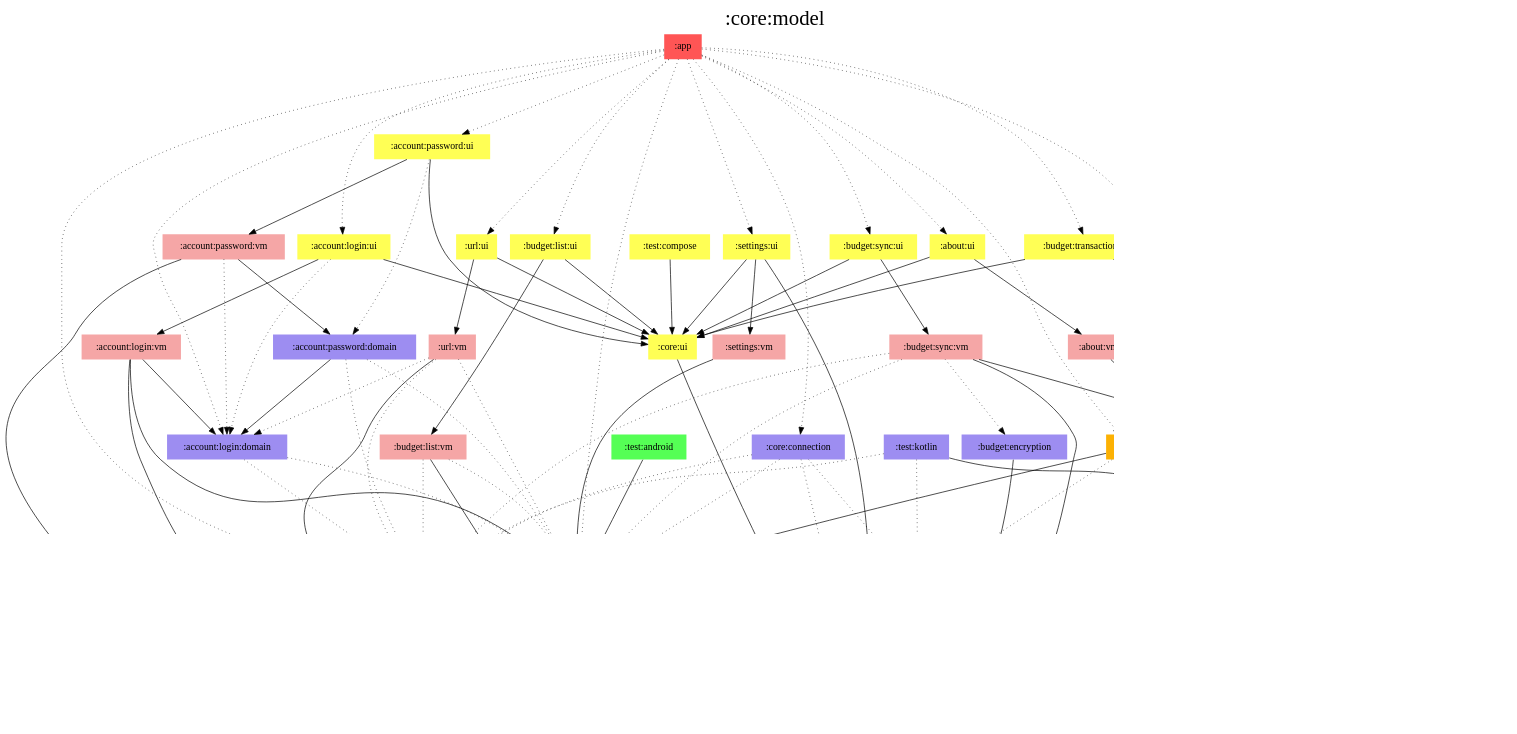
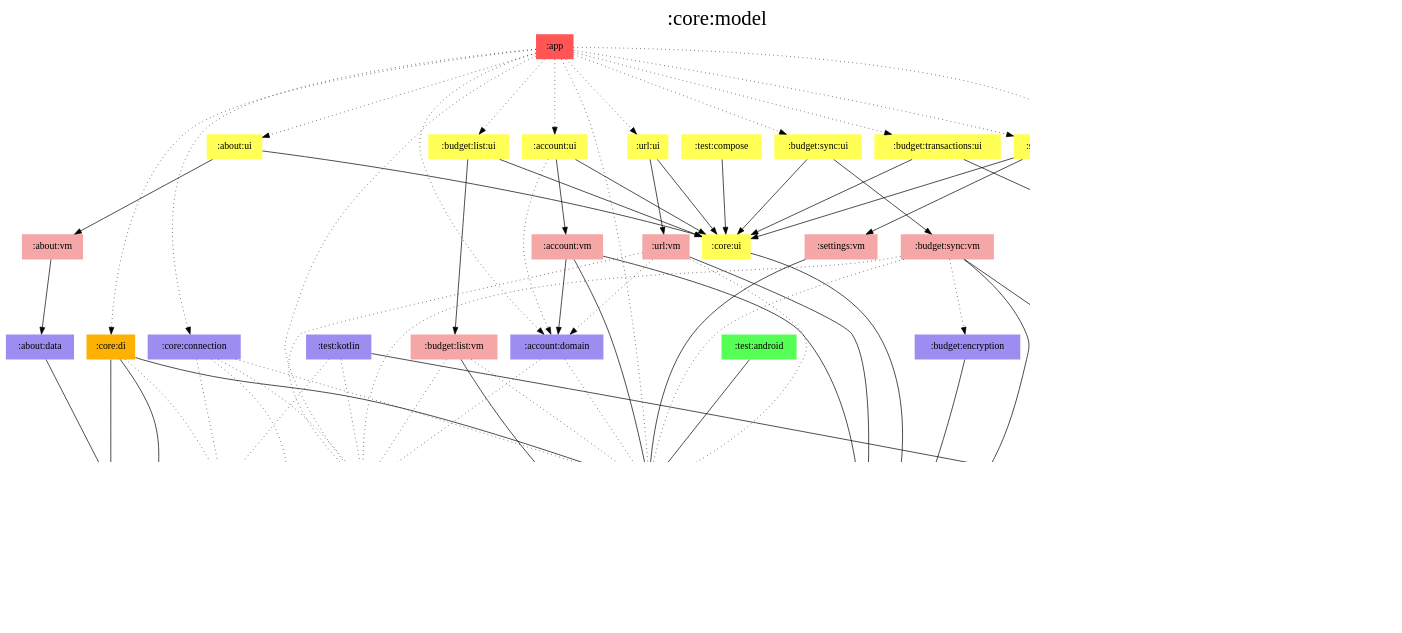
Before and after one commit to jonapoul/aktual: the diagram in modules/core/model/modules.dot, drawn with Graphviz. The commit also changed 127 other files, not shown here.

Commit message:
Merge account:login and account:password

```diff
--- a/modules/core/model/modules.dot
+++ b/modules/core/model/modules.dot
@@ -1,141 +1,128 @@
 digraph {
 edge ["dir"="forward"]
 graph ["dpi"="100","label"=":core:model","labelloc"="t","fontsize"="30","ranksep"="1.5","rankdir"="TB"]
 node ["style"="filled"]
 ":about:data" ["fillcolor"="#9D8DF1","shape"="none"]
 ":about:ui" ["fillcolor"="#FFFF55","shape"="none"]
 ":about:vm" ["fillcolor"="#F5A6A6","shape"="none"]
-":account:login:domain" ["fillcolor"="#9D8DF1","shape"="none"]
-":account:login:ui" ["fillcolor"="#FFFF55","shape"="none"]
-":account:login:vm" ["fillcolor"="#F5A6A6","shape"="none"]
-":account:password:domain" ["fillcolor"="#9D8DF1","shape"="none"]
-":account:password:ui" ["fillcolor"="#FFFF55","shape"="none"]
-":account:password:vm" ["fillcolor"="#F5A6A6","shape"="none"]
+":account:domain" ["fillcolor"="#9D8DF1","shape"="none"]
+":account:ui" ["fillcolor"="#FFFF55","shape"="none"]
+":account:vm" ["fillcolor"="#F5A6A6","shape"="none"]
 ":api:actual" ["fillcolor"="#9D8DF1","shape"="none"]
 ":api:builder" ["fillcolor"="#9D8DF1","shape"="none"]
 ":api:github" ["fillcolor"="#9D8DF1","shape"="none"]
 ":app" ["fillcolor"="#FF5555","shape"="none"]
 ":budget:db" ["fillcolor"="#9D8DF1","shape"="none"]
 ":budget:di" ["fillcolor"="#FCB103","shape"="none"]
 ":budget:encryption" ["fillcolor"="#9D8DF1","shape"="none"]
 ":budget:list:ui" ["fillcolor"="#FFFF55","shape"="none"]
 ":budget:list:vm" ["fillcolor"="#F5A6A6","shape"="none"]
 ":budget:sync:ui" ["fillcolor"="#FFFF55","shape"="none"]
 ":budget:sync:vm" ["fillcolor"="#F5A6A6","shape"="none"]
 ":budget:transactions:ui" ["fillcolor"="#FFFF55","shape"="none"]
 ":budget:transactions:vm" ["fillcolor"="#F5A6A6","shape"="none"]
 ":core:connection" ["fillcolor"="#9D8DF1","shape"="none"]
 ":core:di" ["fillcolor"="#FCB103","shape"="none"]
 ":core:model" ["fillcolor"="#9D8DF1","color"="black","penwidth"="3","shape"="box"]
 ":core:ui" ["fillcolor"="#FFFF55","shape"="none"]
 ":prefs" ["fillcolor"="#9D8DF1","shape"="none"]
 ":settings:ui" ["fillcolor"="#FFFF55","shape"="none"]
 ":settings:vm" ["fillcolor"="#F5A6A6","shape"="none"]
 ":test:android" ["fillcolor"="#55FF55","shape"="none"]
 ":test:compose" ["fillcolor"="#FFFF55","shape"="none"]
 ":test:kotlin" ["fillcolor"="#9D8DF1","shape"="none"]
 ":url:ui" ["fillcolor"="#FFFF55","shape"="none"]
 ":url:vm" ["fillcolor"="#F5A6A6","shape"="none"]
 {
 edge ["dir"="none"]
 graph ["rank"="same"]
 ":core:model"
 }
 ":about:data" -> ":api:github"
 ":about:ui" -> ":about:vm"
 ":about:ui" -> ":core:ui"
 ":about:vm" -> ":about:data"
-":account:login:domain" -> ":api:actual" ["style"="dotted"]
-":account:login:domain" -> ":prefs" ["style"="dotted"]
-":account:login:ui" -> ":account:login:domain" ["style"="dotted"]
-":account:login:ui" -> ":account:login:vm"
-":account:login:ui" -> ":core:ui"
-":account:login:vm" -> ":account:login:domain"
-":account:login:vm" -> ":core:model"
-":account:login:vm" -> ":prefs"
-":account:password:domain" -> ":account:login:domain"
-":account:password:domain" -> ":api:actual" ["style"="dotted"]
-":account:password:domain" -> ":prefs" ["style"="dotted"]
-":account:password:ui" -> ":account:password:domain" ["style"="dotted"]
-":account:password:ui" -> ":account:password:vm"
-":account:password:ui" -> ":core:ui"
-":account:password:vm" -> ":account:login:domain" ["style"="dotted"]
-":account:password:vm" -> ":account:password:domain"
-":account:password:vm" -> ":core:model"
+":account:domain" -> ":api:actual" ["style"="dotted"]
+":account:domain" -> ":prefs" ["style"="dotted"]
+":account:ui" -> ":account:domain" ["style"="dotted"]
+":account:ui" -> ":account:vm"
+":account:ui" -> ":core:ui"
+":account:vm" -> ":account:domain"
+":account:vm" -> ":core:model"
+":account:vm" -> ":prefs"
 ":api:actual" -> ":core:model"
 ":api:builder" -> ":core:model"
 ":api:github" -> ":core:model"
 ":app" -> ":about:ui" ["style"="dotted"]
-":app" -> ":account:login:domain" ["style"="dotted"]
-":app" -> ":account:login:ui" ["style"="dotted"]
-":app" -> ":account:password:ui" ["style"="dotted"]
+":app" -> ":account:domain" ["style"="dotted"]
+":app" -> ":account:ui" ["style"="dotted"]
 ":app" -> ":api:actual" ["style"="dotted"]
 ":app" -> ":budget:di" ["style"="dotted"]
 ":app" -> ":budget:list:ui" ["style"="dotted"]
 ":app" -> ":budget:sync:ui" ["style"="dotted"]
 ":app" -> ":budget:transactions:ui" ["style"="dotted"]
 ":app" -> ":core:connection" ["style"="dotted"]
 ":app" -> ":core:di" ["style"="dotted"]
 ":app" -> ":prefs" ["style"="dotted"]
 ":app" -> ":settings:ui" ["style"="dotted"]
 ":app" -> ":url:ui" ["style"="dotted"]
 ":budget:db" -> ":core:model"
 ":budget:di" -> ":budget:db"
 ":budget:encryption" -> ":core:model"
 ":budget:list:ui" -> ":budget:list:vm"
 ":budget:list:ui" -> ":core:ui"
 ":budget:list:vm" -> ":api:actual" ["style"="dotted"]
 ":budget:list:vm" -> ":core:model"
 ":budget:list:vm" -> ":prefs" ["style"="dotted"]
 ":budget:sync:ui" -> ":budget:sync:vm"
 ":budget:sync:ui" -> ":core:ui"
 ":budget:sync:vm" -> ":api:actual" ["style"="dotted"]
 ":budget:sync:vm" -> ":budget:di"
 ":budget:sync:vm" -> ":budget:encryption" ["style"="dotted"]
 ":budget:sync:vm" -> ":core:model"
 ":budget:sync:vm" -> ":prefs" ["style"="dotted"]
 ":budget:transactions:ui" -> ":budget:transactions:vm"
 ":budget:transactions:ui" -> ":core:ui"
 ":budget:transactions:vm" -> ":budget:db" ["style"="dotted"]
 ":budget:transactions:vm" -> ":budget:di" ["style"="dotted"]
 ":budget:transactions:vm" -> ":core:model"
 ":core:connection" -> ":api:actual" ["style"="dotted"]
 ":core:connection" -> ":api:builder" ["style"="dotted"]
 ":core:connection" -> ":core:model" ["style"="dotted"]
 ":core:connection" -> ":prefs" ["style"="dotted"]
 ":core:di" -> ":api:builder" ["style"="dotted"]
 ":core:di" -> ":api:github"
 ":core:di" -> ":core:model"
 ":core:di" -> ":prefs"
 ":core:ui" -> ":core:model"
 ":prefs" -> ":core:model"
 ":settings:ui" -> ":core:model"
 ":settings:ui" -> ":core:ui"
 ":settings:ui" -> ":settings:vm"
 ":settings:vm" -> ":prefs"
 ":test:android" -> ":prefs"
 ":test:compose" -> ":core:ui"
 ":test:kotlin" -> ":api:actual" ["style"="dotted"]
 ":test:kotlin" -> ":api:builder" ["style"="dotted"]
 ":test:kotlin" -> ":budget:db"
 ":url:ui" -> ":core:ui"
 ":url:ui" -> ":url:vm"
-":url:vm" -> ":account:login:domain" ["style"="dotted"]
+":url:vm" -> ":account:domain" ["style"="dotted"]
 ":url:vm" -> ":api:actual" ["style"="dotted"]
 ":url:vm" -> ":core:model"
 ":url:vm" -> ":prefs" ["style"="dotted"]
 subgraph "cluster_legend" {
 edge ["dir"="none"]
 graph ["label"="Legend","fontsize"="20"]
 "Legend" ["style"="filled","fillcolor"="#FFFFFF","shape"="none","margin"="0","fontsize"="15","label"=<
 <TABLE BORDER="0" CELLBORDER="0" CELLSPACING="0" CELLPADDING="4">
 <TR><TD>App</TD><TD BGCOLOR="#FF5555">module-name</TD></TR>
 <TR><TD>ViewModel</TD><TD BGCOLOR="#F5A6A6">module-name</TD></TR>
 <TR><TD>Hilt</TD><TD BGCOLOR="#FCB103">module-name</TD></TR>
 <TR><TD>Compose</TD><TD BGCOLOR="#FFFF55">module-name</TD></TR>
 <TR><TD>Android</TD><TD BGCOLOR="#55FF55">module-name</TD></TR>
 <TR><TD>Multiplatform</TD><TD BGCOLOR="#9D8DF1">module-name</TD></TR>
 </TABLE>
 >]
 } -> ":core:model" ["style"="invis"]
 }
```
